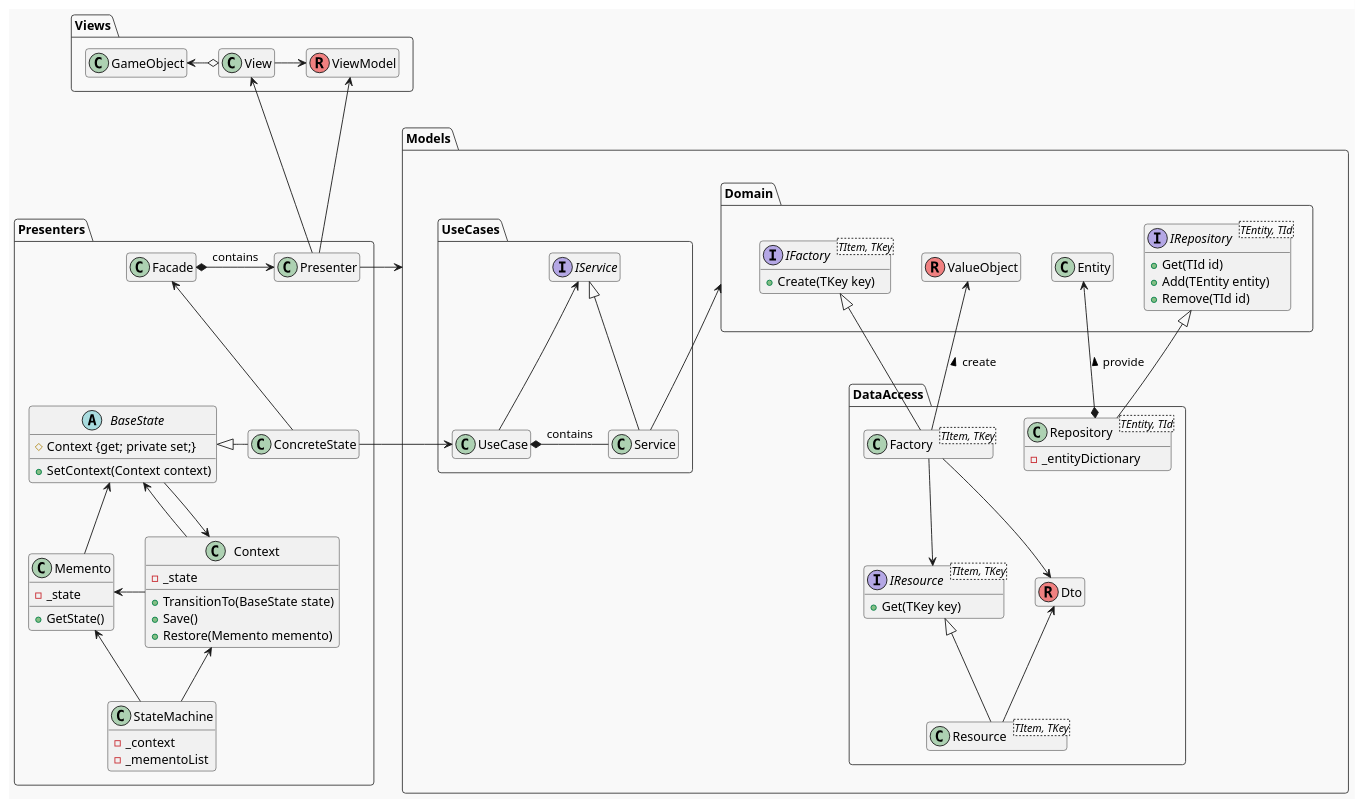
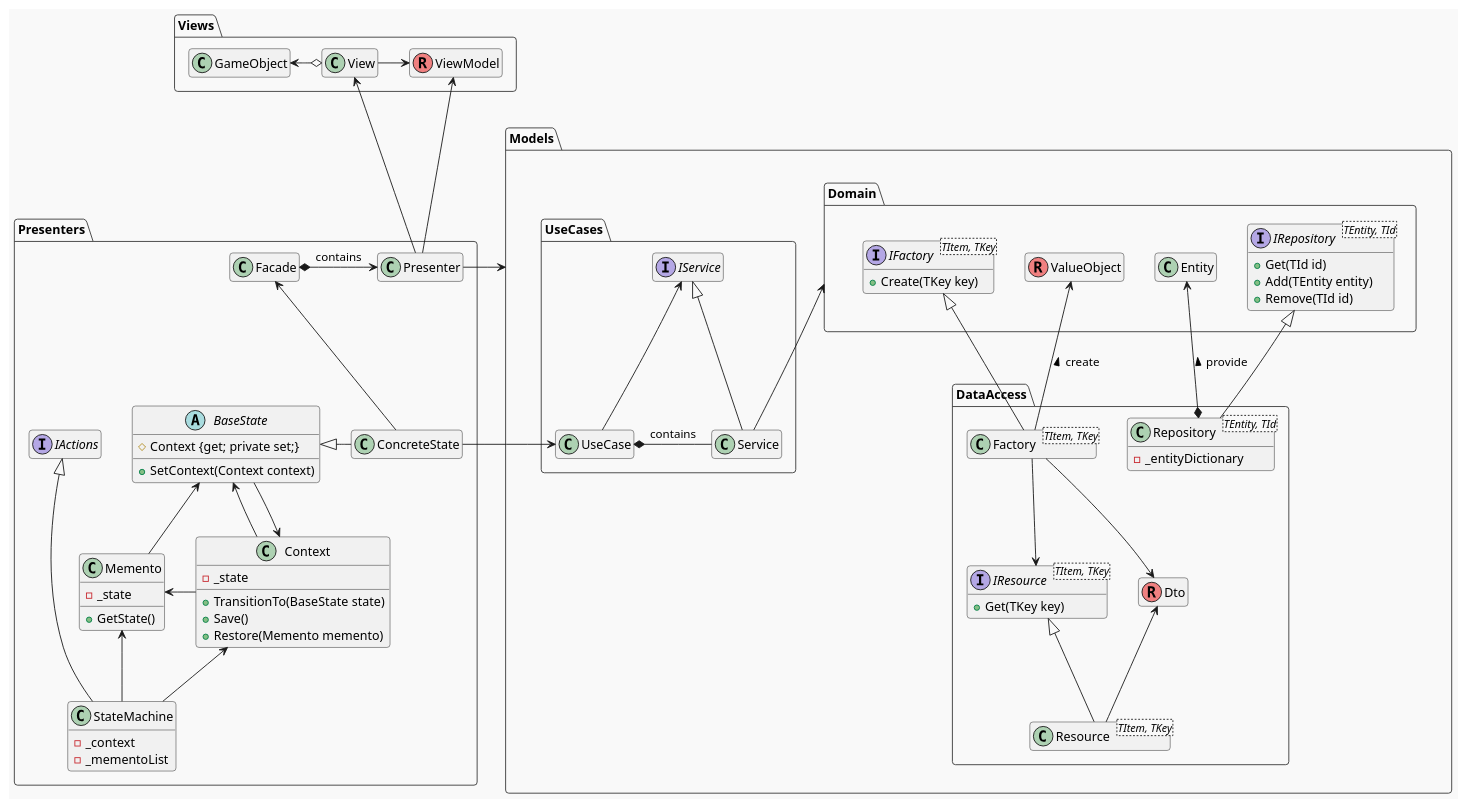
One commit to natsuhiko-maekawa/RPG changed the diagram in Documents/PlantUML/ClassDiagram.puml. Above: the diagram before and after it, drawn with PlantUML. The commit also changed 1 other file, not shown here.

```diff
--- a/Documents/PlantUML/ClassDiagram.puml
+++ b/Documents/PlantUML/ClassDiagram.puml
@@ -1,100 +1,102 @@
 @startuml
 'https://plantuml.com/class-diagram
 
 !theme mars
 package Views{
     class View
     class ViewModel << (R, lightcoral) >>
     class GameObject
     ViewModel <-l- View
     GameObject <-r-o View
 }
 
 package Presenters{
     abstract class BaseState{
         # Context {get; private set;}
         + SetContext(Context context)
     }
     class ConcreteState
     class Context{
         - _state
         + TransitionTo(BaseState state)
         + Save()
         + Restore(Memento memento)
     }
     class Memento{
         - _state
         + GetState()
     }
     class StateMachine{
         - _context
         - _mementoList
     }
+    interface IActions
     class Facade
     class Presenter
 
     Facade <-- ConcreteState
     Presenter <-l-* Facade : contains
     BaseState <|- ConcreteState
     BaseState <-- Context
     BaseState <-- Memento
     Context <-- BaseState
     Memento <- Context
     Memento <-- StateMachine
     Context <-- StateMachine
+    IActions <|--- StateMachine
 }
 
 package Models{
     package Domain{
         class Entity
         class ValueObject << (R, lightcoral) >>
         interface IRepository<TEntity, TId>{
             + Get(TId id)
             + Add(TEntity entity)
             + Remove(TId id)
         }
         interface IFactory<TItem, TKey>{
             + Create(TKey key)
         }
     }
 
     package UseCases{
         class Service
         class UseCase
         interface IService
 
         IService <|- Service
         IService <-- UseCase
         UseCase *- Service : contains
     }
 
     package DataAccess{
         class Repository<TEntity, TId>{
             - _entityDictionary
         }
         class Factory<TItem, TKey>
         interface IResource<TItem, TKey>{
             + Get(TKey key)
         }
         class Dto << (R, lightcoral) >>
         class Resource<TItem, TKey>
     }
 
     Domain <-- Service
     IRepository <|- Repository
     Entity <--* Repository : provide <
     IFactory <|- Factory
     ValueObject <-- Factory : create <
     IResource <-u- Factory
     Dto <-u- Factory
     IResource <|-- Resource
     Dto <-- Resource
 }
 
 View <-- Presenter
 ViewModel <-- Presenter
 Models <- Presenter
 UseCase <- ConcreteState
 
 hide empty members
 @enduml
```
